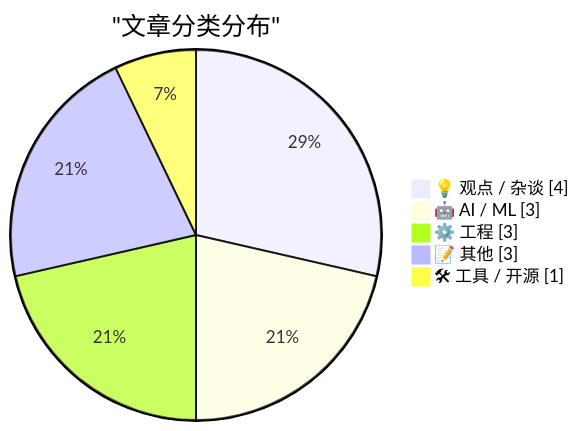
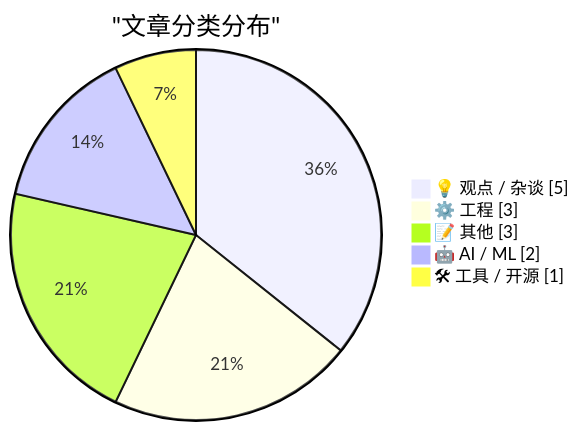
The first of 2 diagrams in content/digest_2026-03-21.md (SamhooXee/aidigest), drawn with Mermaid before and after one commit. The commit also changed other lines of this file, not shown here.

````diff
--- a/content/digest_2026-03-21.md
+++ b/content/digest_2026-03-21.md
@@ -53,9 +53,9 @@
 ```mermaid
 pie showData
     title "文章分类分布"
-    "💡 观点 / 杂谈" : 4
-    "🤖 AI / ML" : 3
+    "💡 观点 / 杂谈" : 5
     "⚙️ 工程" : 3
     "📝 其他" : 3
+    "🤖 AI / ML" : 2
     "🛠 工具 / 开源" : 1
 ```
````
